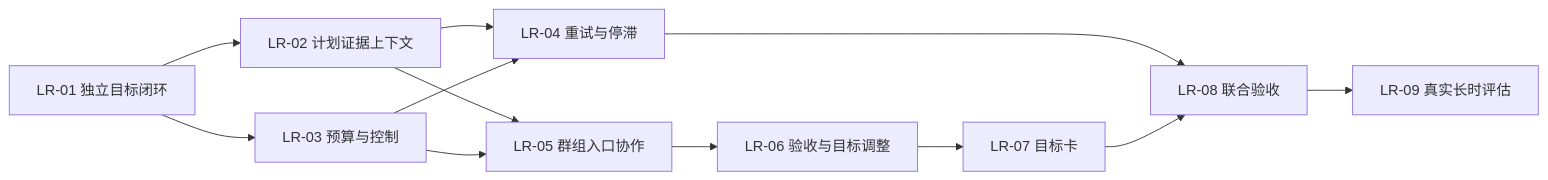
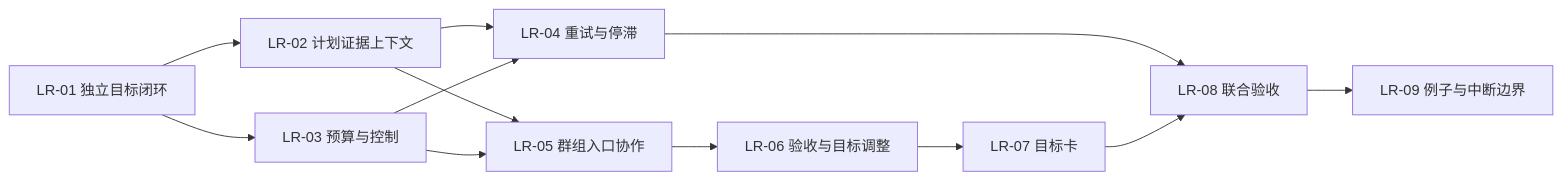
Before and after one commit to zhper-liang/pi-dots: the diagram in plans/active/long-running-agent/README.md, drawn with Mermaid. The commit also changed other lines of this file and 75 other files, not shown here.

````diff
--- a/plans/active/long-running-agent/README.md
+++ b/plans/active/long-running-agent/README.md
@@ -123,14 +124,14 @@
 ```mermaid
 flowchart LR
   A[LR-01 独立目标闭环] --> B[LR-02 计划证据上下文]
   A --> C[LR-03 预算与控制]
   B --> D[LR-04 重试与停滞]
   C --> D
   B --> E[LR-05 群组入口协作]
   C --> E
   E --> F[LR-06 验收与目标调整]
   F --> G[LR-07 目标卡]
   D --> H[LR-08 联合验收]
   G --> H
-  H --> I[LR-09 真实长时评估]
+  H --> I[LR-09 例子与中断边界]
 ```
````
